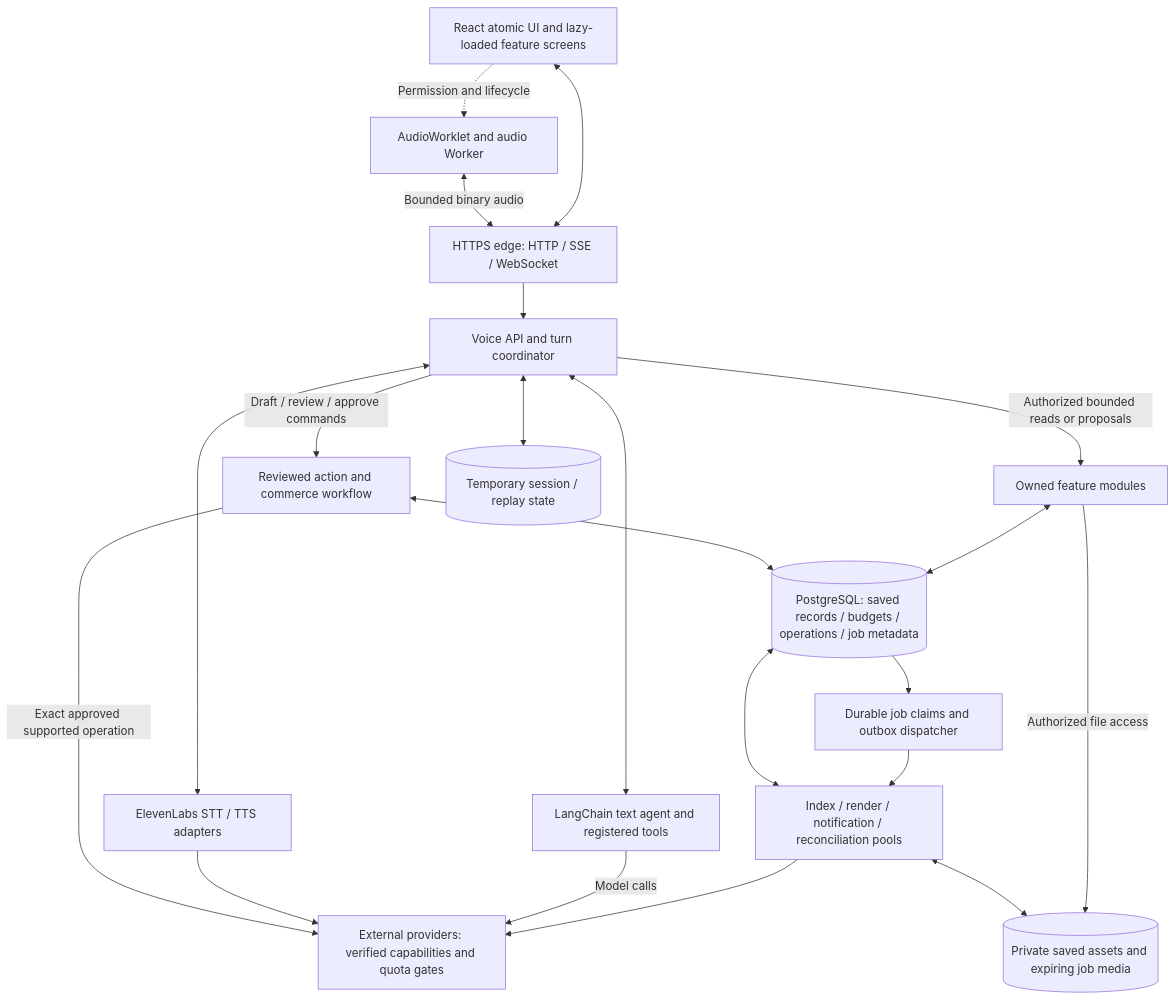
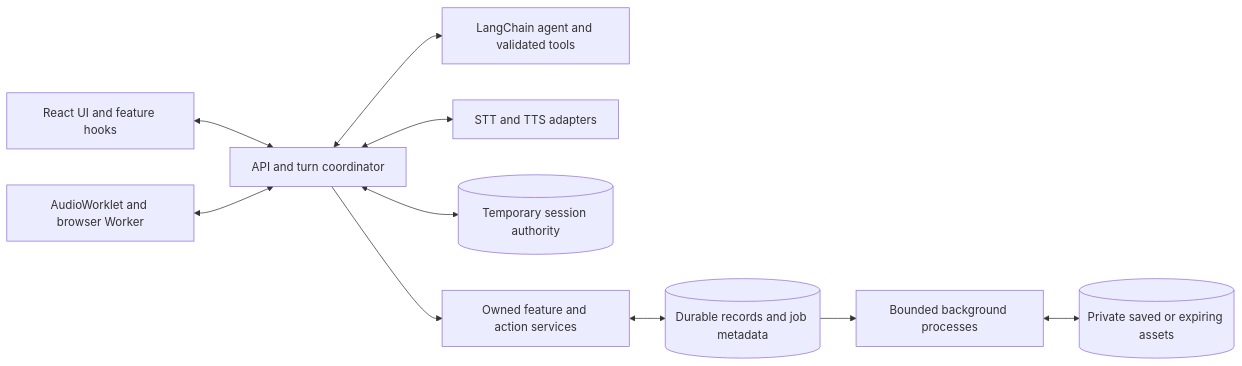
One commit to Siddharth0101/Ai-Agent changed the diagram in docs/architecture.md. Above: the diagram before and after it, drawn with Mermaid. The commit also changed other lines of this file and 9 other files, not shown here.

````diff
--- a/docs/architecture.md
+++ b/docs/architecture.md
@@ -17,37 +9,12 @@
 ```mermaid
-flowchart TB
-    Browser[React atomic UI and lazy-loaded feature screens]
-    Audio[AudioWorklet and audio Worker]
-    Edge[HTTPS edge: HTTP / SSE / WebSocket]
-    Runtime[Voice API and turn coordinator]
-    Agent[LangChain text agent and registered tools]
-    Speech[ElevenLabs STT / TTS adapters]
-    Features[Owned feature modules]
-    Actions[Reviewed action and commerce workflow]
-    Temp[(Temporary session / replay state)]
-    DB[(PostgreSQL: saved records / budgets / operations / job metadata)]
-    Dispatch[Durable job claims and outbox dispatcher]
-    Pools[Index / render / notification / reconciliation pools]
-    Files[(Private saved assets and expiring job media)]
-    Providers[External providers: verified capabilities and quota gates]
-    Browser -.->|Permission and lifecycle| Audio
-    Browser <--> Edge
-    Audio <-->|Bounded binary audio| Edge
-    Edge --> Runtime
-    Runtime <--> Temp
-    Runtime <--> Agent
-    Runtime <--> Speech
-    Runtime -->|Authorized bounded reads or proposals| Features
-    Runtime -->|Draft / review / approve commands| Actions
-    Features <--> DB
-    Actions <--> DB
-    Features -->|Authorized file access| Files
-    DB --> Dispatch
-    Dispatch --> Pools
-    Pools <--> DB
-    Pools <--> Files
-    Pools --> Providers
-    Agent -->|Model calls| Providers
-    Speech --> Providers
-    Actions -->|Exact approved supported operation| Providers
+flowchart LR
+    UI[React UI and feature hooks] <--> API[API and turn coordinator]
+    Audio[AudioWorklet and browser Worker] <--> API
+    API <--> Agent[LangChain agent and validated tools]
+    API <--> Speech[STT and TTS adapters]
+    API <--> Temp[(Temporary session authority)]
+    API --> Features[Owned feature and action services]
+    Features <--> DB[(Durable records and job metadata)]
+    DB --> Jobs[Bounded background processes]
+    Jobs <--> Files[(Private saved or expiring assets)]
 ```
````
